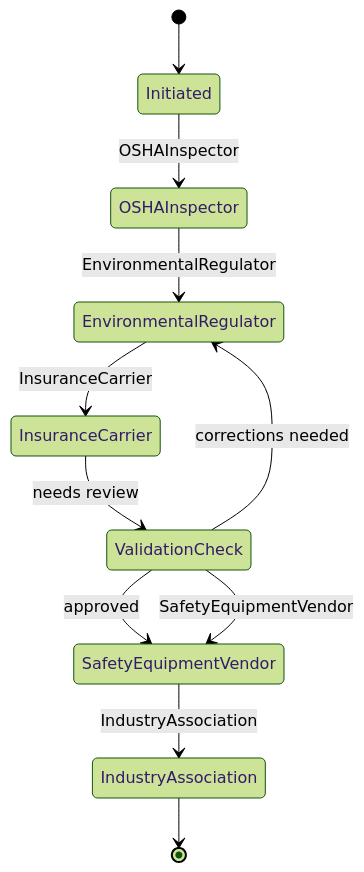
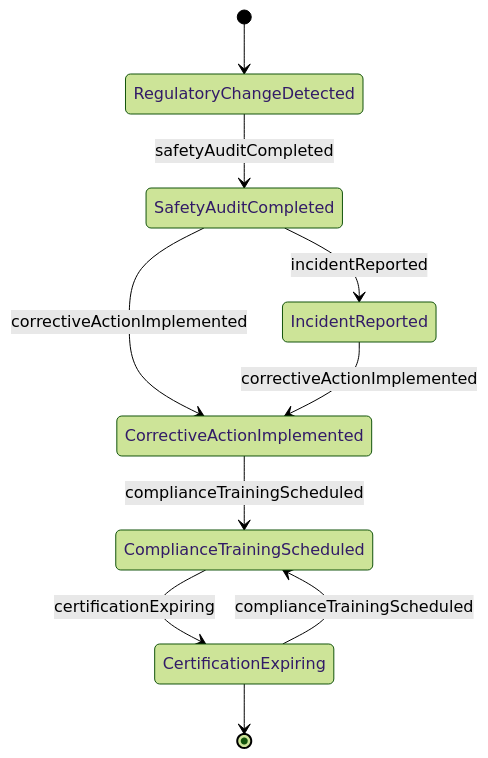
Before and after one commit to dot-org-ai/tasks.org.ai: the second of 4 diagrams in GuidingDirectingAndMotivatingSubordinates/CoordinateRegulatoryComplianceActivities/CoordinateSafetyRegulatoryComplianceActivities.mdx, drawn with Mermaid (forest theme). The commit also changed other lines of this file and 515 other files, not shown here.

````diff
--- a/GuidingDirectingAndMotivatingSubordinates/CoordinateRegulatoryComplianceActivities/CoordinateSafetyRegulatoryComplianceActivities.mdx
+++ b/GuidingDirectingAndMotivatingSubordinates/CoordinateRegulatoryComplianceActivities/CoordinateSafetyRegulatoryComplianceActivities.mdx
@@ -102,13 +102,12 @@
 ```mermaid
 stateDiagram-v2
-    [*] --> Initiated
-    Initiated --> OSHAInspector: OSHAInspector
-    OSHAInspector --> EnvironmentalRegulator: EnvironmentalRegulator
-    EnvironmentalRegulator --> InsuranceCarrier: InsuranceCarrier
-    InsuranceCarrier --> ValidationCheck: needs review
-    ValidationCheck --> EnvironmentalRegulator: corrections needed
-    ValidationCheck --> SafetyEquipmentVendor: approved
-    ValidationCheck --> SafetyEquipmentVendor: SafetyEquipmentVendor
-    SafetyEquipmentVendor --> IndustryAssociation: IndustryAssociation
-    IndustryAssociation --> [*]
+    [*] --> RegulatoryChangeDetected
+    RegulatoryChangeDetected --> SafetyAuditCompleted : safetyAuditCompleted
+    SafetyAuditCompleted --> CorrectiveActionImplemented : correctiveActionImplemented
+    CorrectiveActionImplemented --> ComplianceTrainingScheduled : complianceTrainingScheduled
+    ComplianceTrainingScheduled --> CertificationExpiring : certificationExpiring
+    CertificationExpiring --> ComplianceTrainingScheduled : complianceTrainingScheduled
+    SafetyAuditCompleted --> IncidentReported : incidentReported
+    IncidentReported --> CorrectiveActionImplemented : correctiveActionImplemented
+    CertificationExpiring --> [*]
 ```
````
